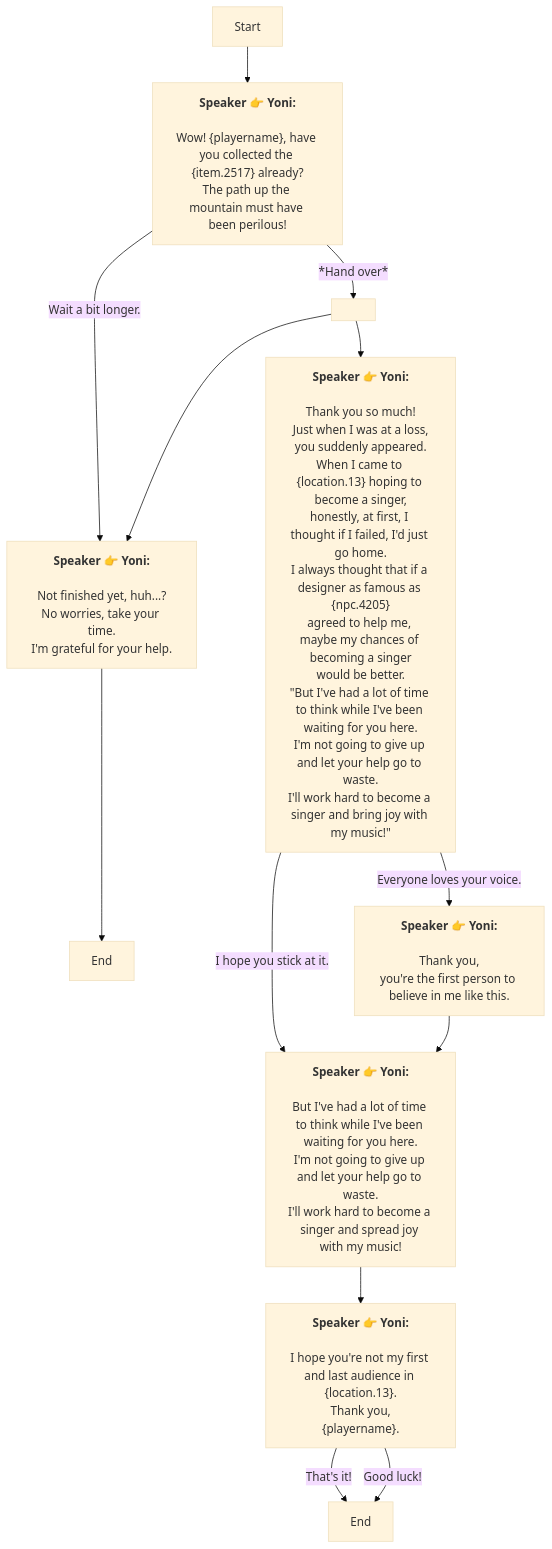
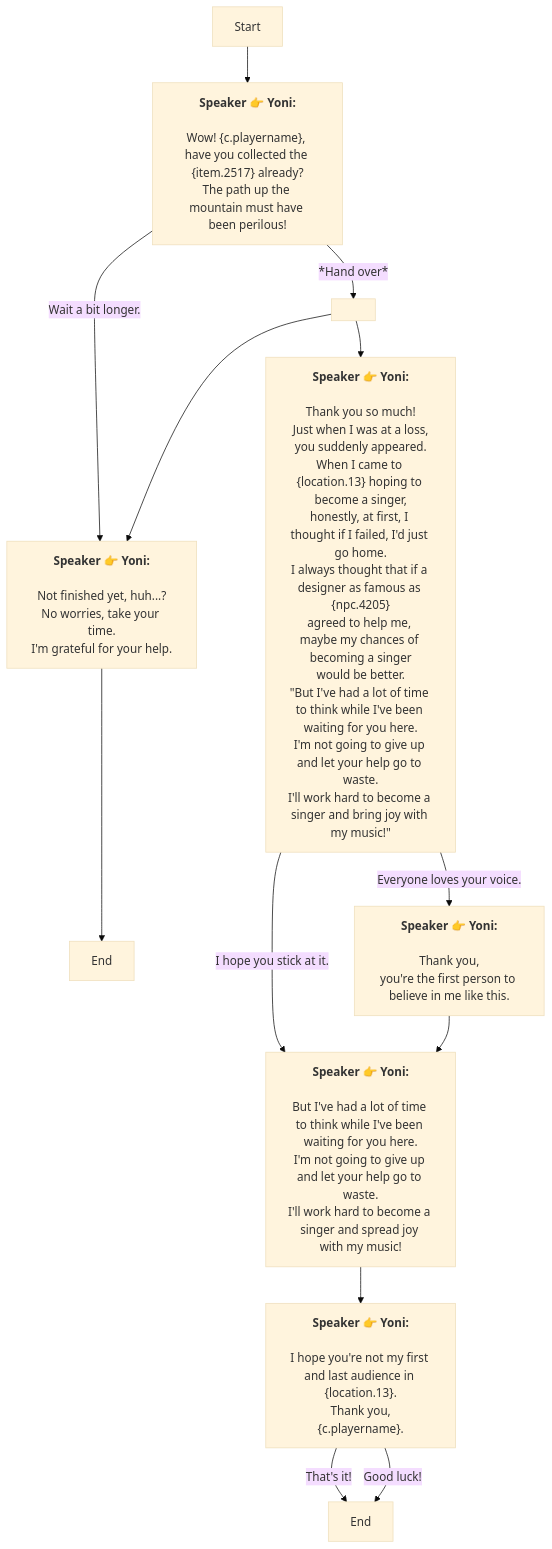
Before and after one commit to SoftHu/tos_avg: the diagram in En/QuestNPCDeliveryENode_1767747430516702.md, drawn with Mermaid (base theme). The commit also changed 410 other files, not shown here.

````diff
--- a/En/QuestNPCDeliveryENode_1767747430516702.md
+++ b/En/QuestNPCDeliveryENode_1767747430516702.md
@@ -1,42 +1,42 @@
 ```mermaid
 graph
 Start -->1767747552452602[<b>Speaker 👉 Yoni:</b>
-\nWow! &lbrace;playername&rbrace;, have you collected the &lbrace;item.2517&rbrace; already?
+\nWow! &lbrace;c.playername&rbrace;, have you collected the &lbrace;item.2517&rbrace; already?
 The path up the mountain must have been perilous!]
 1767747552452602 -->|Wait a bit longer.|1767747552455678[<b>Speaker 👉 Yoni:</b>
 \nNot finished yet, huh...?
 No worries, take your time.
 I'm grateful for your help.]
 1767747552452602 -->|*Hand over*|1767747871150114[ ]
 1767747552455678 -->1767747552455679[End]
 1767747871150114 -->1767747552455678[<b>Speaker 👉 Yoni:</b>
 \nNot finished yet, huh...?
 No worries, take your time.
 I'm grateful for your help.]
 1767747871150114 -->1767747552459777[<b>Speaker 👉 Yoni:</b>
 \nThank you so much!
 Just when I was at a loss,
 you suddenly appeared.\nWhen I came to &lbrace;location.13&rbrace; hoping to become a singer,
 honestly, at first, I thought if I failed, I'd just go home.\nI always thought that if a designer as famous as &lbrace;npc.4205&rbrace;
 agreed to help me, maybe my chances of becoming a singer
 would be better.\n&quot;But I've had a lot of time to think while I've been waiting for you here.
 I'm not going to give up and let your help go to waste.
 I'll work hard to become a singer and bring joy with my music!&quot;]
 1767747552459777 -->|I hope you stick at it.|1767747552464902[<b>Speaker 👉 Yoni:</b>
 \nBut I've had a lot of time to think while I've been waiting for you here.
 I'm not going to give up and let your help go to waste.
 I'll work hard to become a singer and spread joy with my music!]
 1767747552459777 -->|Everyone loves your voice.|1767747552471053[<b>Speaker 👉 Yoni:</b>
 \nThank you,
 you're the first person to believe in me like this.]
 1767747552464902 -->1767747552466951[<b>Speaker 👉 Yoni:</b>
 \nI hope you're not my first and last audience in &lbrace;location.13&rbrace;.\nThank you,
-&lbrace;playername&rbrace;.]
+&lbrace;c.playername&rbrace;.]
 1767747552466951 -->|That's it!|1767747552469003[End]
 1767747552466951 -->|Good luck!|1767747552469003[End]
 1767747552471053 -->1767747552464902[<b>Speaker 👉 Yoni:</b>
 \nBut I've had a lot of time to think while I've been waiting for you here.
 I'm not going to give up and let your help go to waste.
 I'll work hard to become a singer and spread joy with my music!]
 
 ```
````
